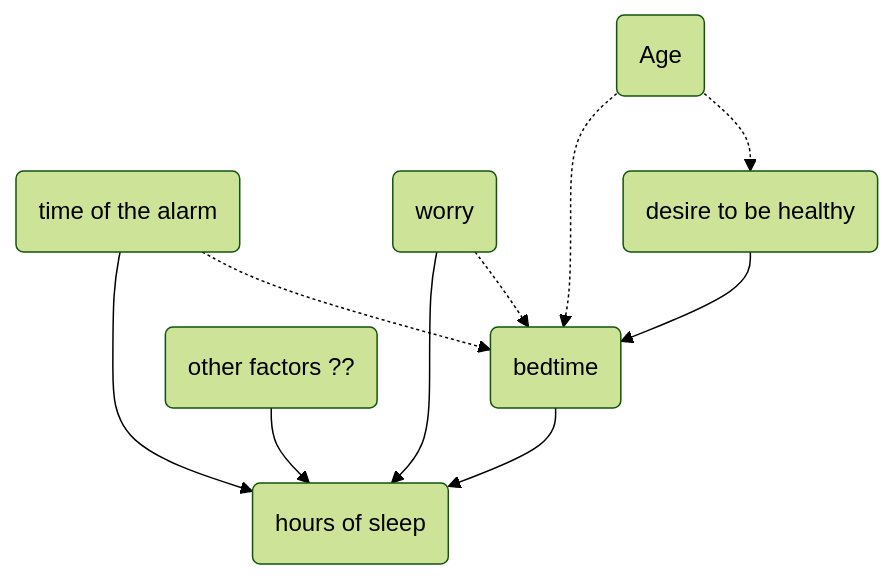
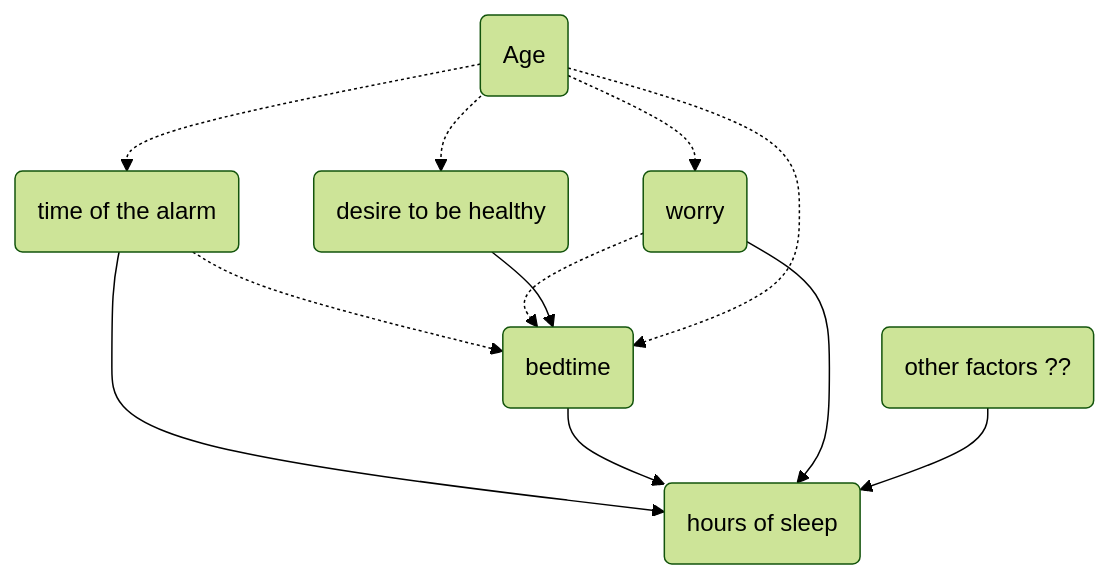
Before and after one commit to ethanweed/ExPsyLing: the third of 3 diagrams in 2022/Slides/Lecture-06.md, drawn with Mermaid (forest theme). The commit also changed other lines of this file and 2 other files, not shown here.

Commit message:
auto-updated with build.sh

````diff
--- a/2022/Slides/Lecture-06.md
+++ b/2022/Slides/Lecture-06.md
@@ -340,13 +342,15 @@
 ```{.mermaid format=svg  theme=neutral width=400 }
 graph TB
 A(time of the alarm) -->B(hours of sleep)
 C(bedtime) -->B
 A-.->C
 D(worry)-->B
 D-.->C
 E(desire to be healthy)-->C
 F(other factors ??)-->B
+G(Age)-.->A
 G(Age)-.->C
+G(Age)-.->D
 G(Age)-.->E
 
 ```
````
